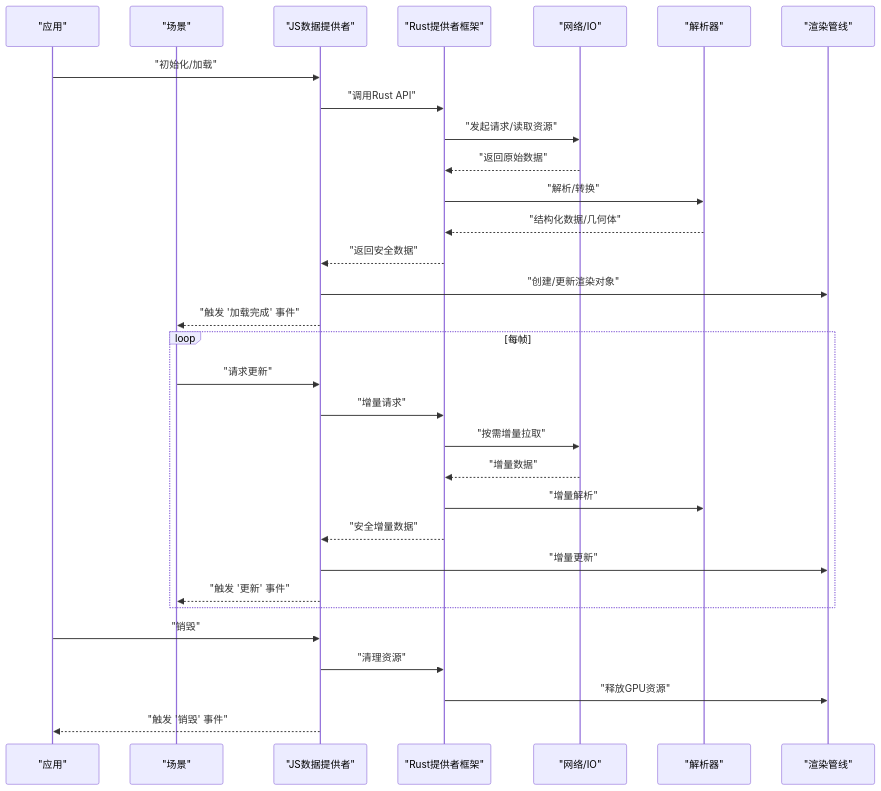
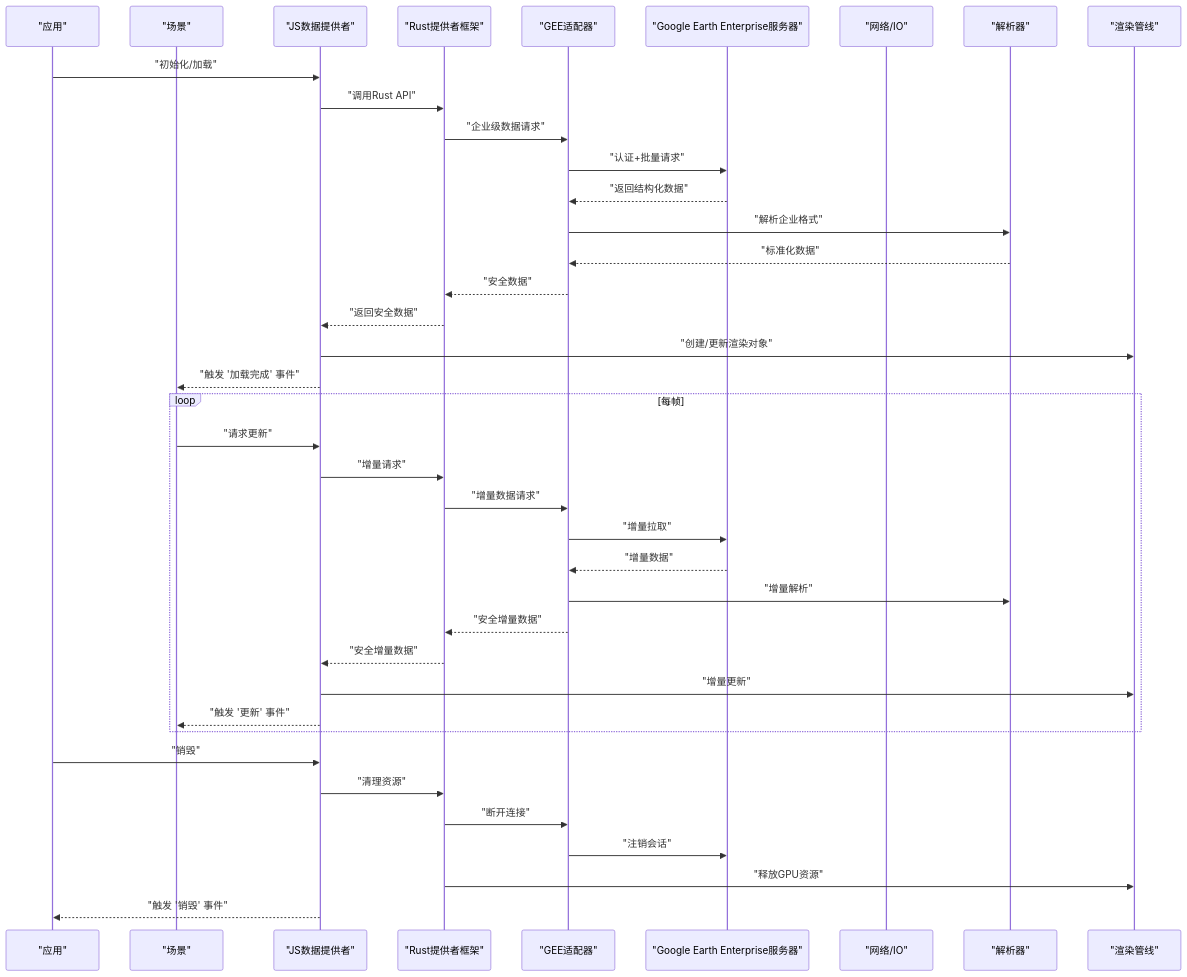
Before and after one commit to rzhangjing/cesium: the second of 7 diagrams in .qoder/repowiki/zh/content/数据提供者/数据提供者架构.md, drawn with Mermaid. The commit also changed other lines of this file and 32 other files, not shown here.

````diff
--- a/.qoder/repowiki/zh/content/数据提供者/数据提供者架构.md
+++ b/.qoder/repowiki/zh/content/数据提供者/数据提供者架构.md
@@ -94,33 +105,41 @@
 ```mermaid
 sequenceDiagram
 participant App as "应用"
 participant Scene as "场景"
 participant JS_DS as "JS数据提供者"
 participant Rust_Prov as "Rust提供者框架"
+participant GEE_Adapter as "GEE适配器"
+participant GEE_Server as "Google Earth Enterprise服务器"
 participant Net as "网络/IO"
 participant Parser as "解析器"
 participant Render as "渲染管线"
 App->>JS_DS : "初始化/加载"
 JS_DS->>Rust_Prov : "调用Rust API"
-Rust_Prov->>Net : "发起请求/读取资源"
-Net-->>Rust_Prov : "返回原始数据"
-Rust_Prov->>Parser : "解析/转换"
-Parser-->>Rust_Prov : "结构化数据/几何体"
+Rust_Prov->>GEE_Adapter : "企业级数据请求"
+GEE_Adapter->>GEE_Server : "认证+批量请求"
+GEE_Server-->>GEE_Adapter : "返回结构化数据"
+GEE_Adapter->>Parser : "解析企业格式"
+Parser-->>GEE_Adapter : "标准化数据"
+GEE_Adapter-->>Rust_Prov : "安全数据"
 Rust_Prov-->>JS_DS : "返回安全数据"
 JS_DS->>Render : "创建/更新渲染对象"
 JS_DS-->>Scene : "触发 '加载完成' 事件"
 loop 每帧
 Scene->>JS_DS : "请求更新"
 JS_DS->>Rust_Prov : "增量请求"
-Rust_Prov->>Net : "按需增量拉取"
-Net-->>Rust_Prov : "增量数据"
-Rust_Prov->>Parser : "增量解析"
+Rust_Prov->>GEE_Adapter : "增量数据请求"
+GEE_Adapter->>GEE_Server : "增量拉取"
+GEE_Server-->>GEE_Adapter : "增量数据"
+GEE_Adapter->>Parser : "增量解析"
+GEE_Adapter-->>Rust_Prov : "安全增量数据"
 Rust_Prov-->>JS_DS : "安全增量数据"
 JS_DS->>Render : "增量更新"
 JS_DS-->>Scene : "触发 '更新' 事件"
 end
 App->>JS_DS : "销毁"
 JS_DS->>Rust_Prov : "清理资源"
+Rust_Prov->>GEE_Adapter : "断开连接"
+GEE_Adapter->>GEE_Server : "注销会话"
 Rust_Prov->>Render : "释放GPU资源"
 JS_DS-->>App : "触发 '销毁' 事件"
 ```
````
